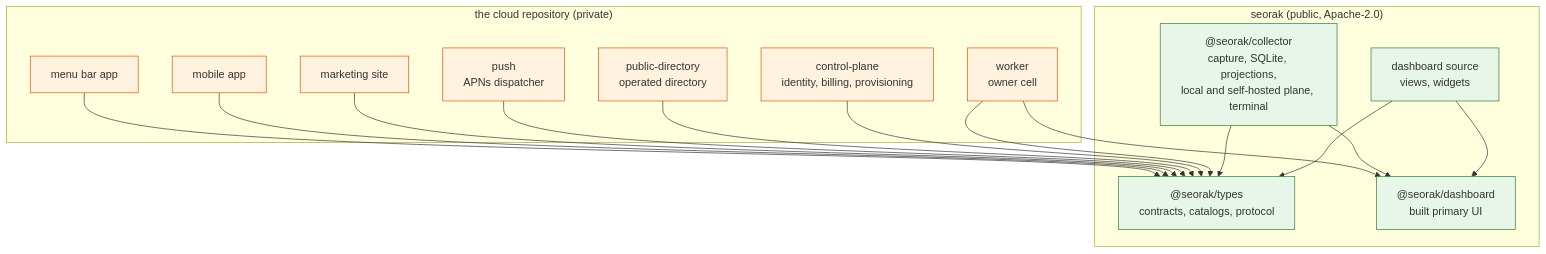
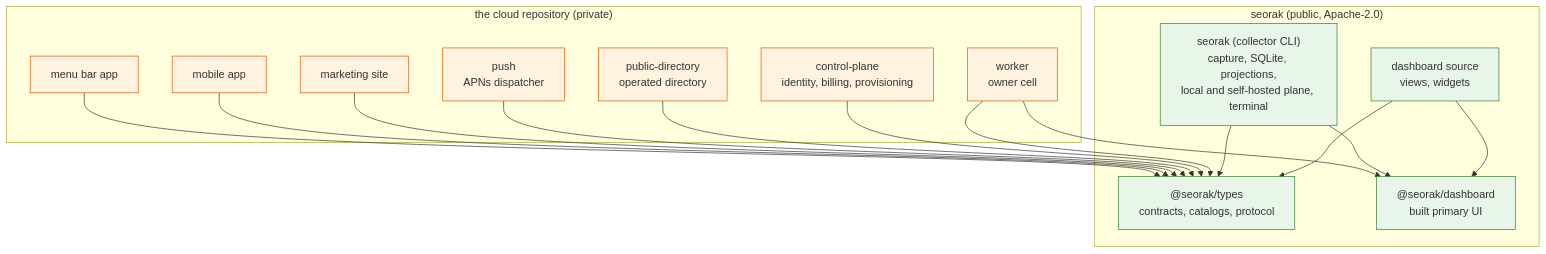
The first of 2 diagrams in docs/adr/005-open-core-repository-and-free-ui-packaging.md (twinkling-reality/seorak), drawn with Mermaid before and after one commit. The commit also changed other lines of this file and 126 other files, not shown here.

````diff
--- a/docs/adr/005-open-core-repository-and-free-ui-packaging.md
+++ b/docs/adr/005-open-core-repository-and-free-ui-packaging.md
@@ -699,38 +703,38 @@
 ```mermaid
 graph TD
   subgraph PUB["seorak (public, Apache-2.0)"]
     T["@seorak/types<br/>contracts, catalogs, protocol"]
-    C["@seorak/collector<br/>capture, SQLite, projections,<br/>local and self-hosted plane, terminal"]
+    C["seorak (collector CLI)<br/>capture, SQLite, projections,<br/>local and self-hosted plane, terminal"]
     D["@seorak/dashboard<br/>built primary UI"]
     W["dashboard source<br/>views, widgets"]
   end
 
   subgraph PRIV["the cloud repository (private)"]
     WK["worker<br/>owner cell"]
     CP["control-plane<br/>identity, billing, provisioning"]
     PD["public-directory<br/>operated directory"]
     PS["push<br/>APNs dispatcher"]
     MK["marketing site"]
     MO["mobile app"]
     MB["menu bar app"]
   end
 
   W --> T
   W --> D
   C --> T
   C --> D
 
   WK --> T
   WK --> D
   CP --> T
   PD --> T
   PS --> T
   MK --> T
   MO --> T
   MB --> T
 
   classDef pub fill:#e8f5e9,stroke:#2e7d32
   classDef priv fill:#fff3e0,stroke:#e65100
   class T,C,D,W pub
   class WK,CP,PD,PS,MK,MO,MB priv
 ```
````
